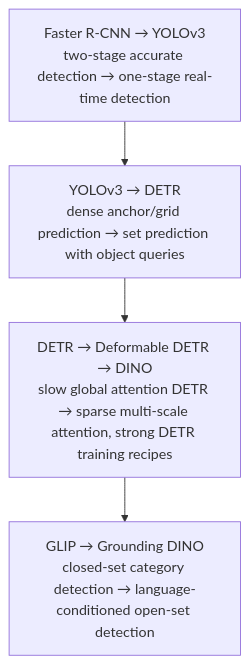
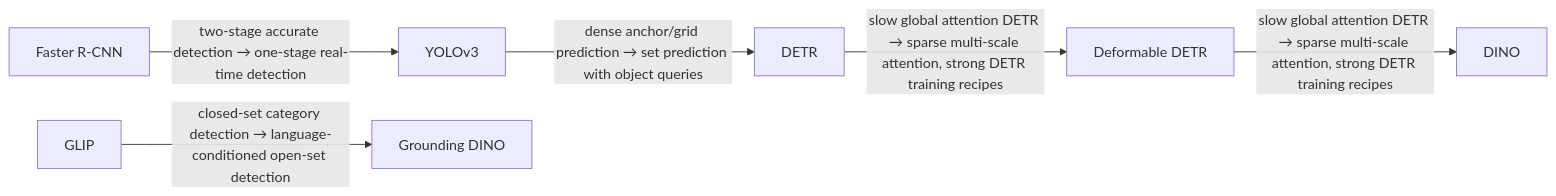
Before and after one commit to SechanOh/awesome-multimodal-perception: the second of 15 diagrams in README.md, drawn with Mermaid. The commit also changed other lines of this file, not shown here.

Commit message:
Refine field evolution diagrams

````diff
--- a/README.md
+++ b/README.md
@@ -50,8 +50,15 @@
 ```mermaid
-flowchart TD
-    step1["Faster R-CNN → YOLOv3<br/>two-stage accurate detection → one-stage real-time detection"]
-    step2["YOLOv3 → DETR<br/>dense anchor/grid prediction → set prediction with object queries"]
-    step3["DETR → Deformable DETR → DINO<br/>slow global attention DETR → sparse multi-scale attention, strong DETR training recipes"]
-    step4["GLIP → Grounding DINO<br/>closed-set category detection → language-conditioned open-set detection"]
-    step1 --> step2 --> step3 --> step4
+flowchart LR
+    s1n1["Faster R-CNN"]
+    s1n2["YOLOv3"]
+    s1n3["DETR"]
+    s1n4["Deformable DETR"]
+    s1n5["DINO"]
+    s1n6["GLIP"]
+    s1n7["Grounding DINO"]
+    s1n1 -->|"two-stage accurate detection → one-stage real-time detection"| s1n2
+    s1n2 -->|"dense anchor/grid prediction → set prediction with object queries"| s1n3
+    s1n3 -->|"slow global attention DETR → sparse multi-scale attention, strong DETR training recipes"| s1n4
+    s1n4 -->|"slow global attention DETR → sparse multi-scale attention, strong DETR training recipes"| s1n5
+    s1n6 -->|"closed-set category detection → language-conditioned open-set detection"| s1n7
 ```
````
